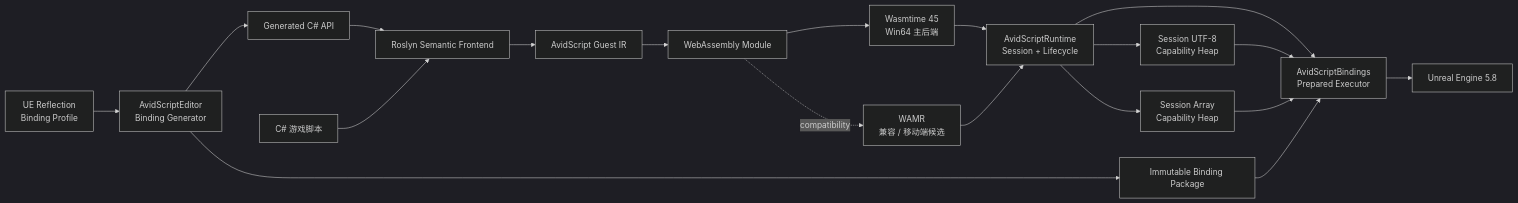
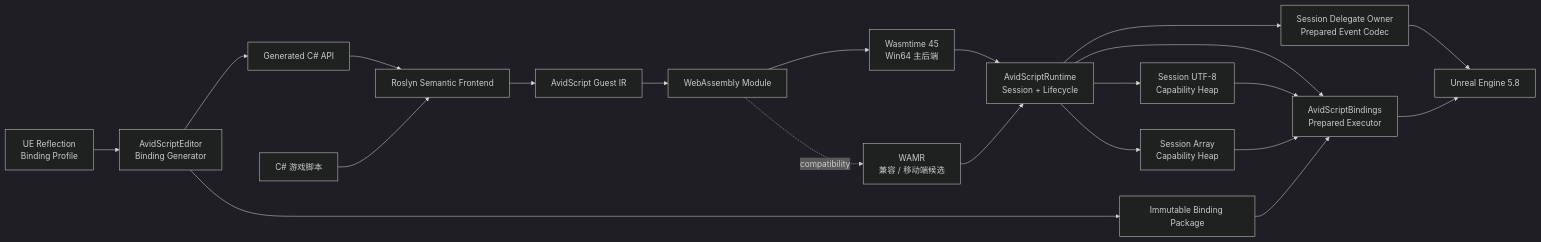
Before and after one commit to Avidel-zzz/AvidScript: the first of 2 diagrams in README.md, drawn with Mermaid (dark theme). The commit also changed other lines of this file and 4 other files, not shown here.

````diff
--- a/README.md
+++ b/README.md
@@ -262,23 +283,25 @@
 ```mermaid
 flowchart LR
     Reflection["UE Reflection<br/>Binding Profile"] --> Generator["AvidScriptEditor<br/>Binding Generator"]
     Generator --> API["Generated C# API"]
     Generator --> Package["Immutable Binding Package"]
 
     Script["C# 游戏脚本"] --> Roslyn["Roslyn Semantic Frontend"]
     API --> Roslyn
     Roslyn --> IR["AvidScript Guest IR"]
     IR --> Wasm["WebAssembly Module"]
 
     Wasm --> Wasmtime["Wasmtime 45<br/>Win64 主后端"]
     Wasm -. compatibility .-> WAMR["WAMR<br/>兼容 / 移动端候选"]
     Wasmtime --> Runtime["AvidScriptRuntime<br/>Session + Lifecycle"]
     WAMR --> Runtime
+    Runtime --> Events["Session Delegate Owner<br/>Prepared Event Codec"]
     Runtime --> Executor["AvidScriptBindings<br/>Prepared Executor"]
     Runtime --> Utf8Heap["Session UTF-8<br/>Capability Heap"]
     Runtime --> ArrayHeap["Session Array<br/>Capability Heap"]
     Package --> Executor
     Utf8Heap --> Executor
     ArrayHeap --> Executor
+    Events --> UE
     Executor --> UE["Unreal Engine 5.8"]
 ```
````
